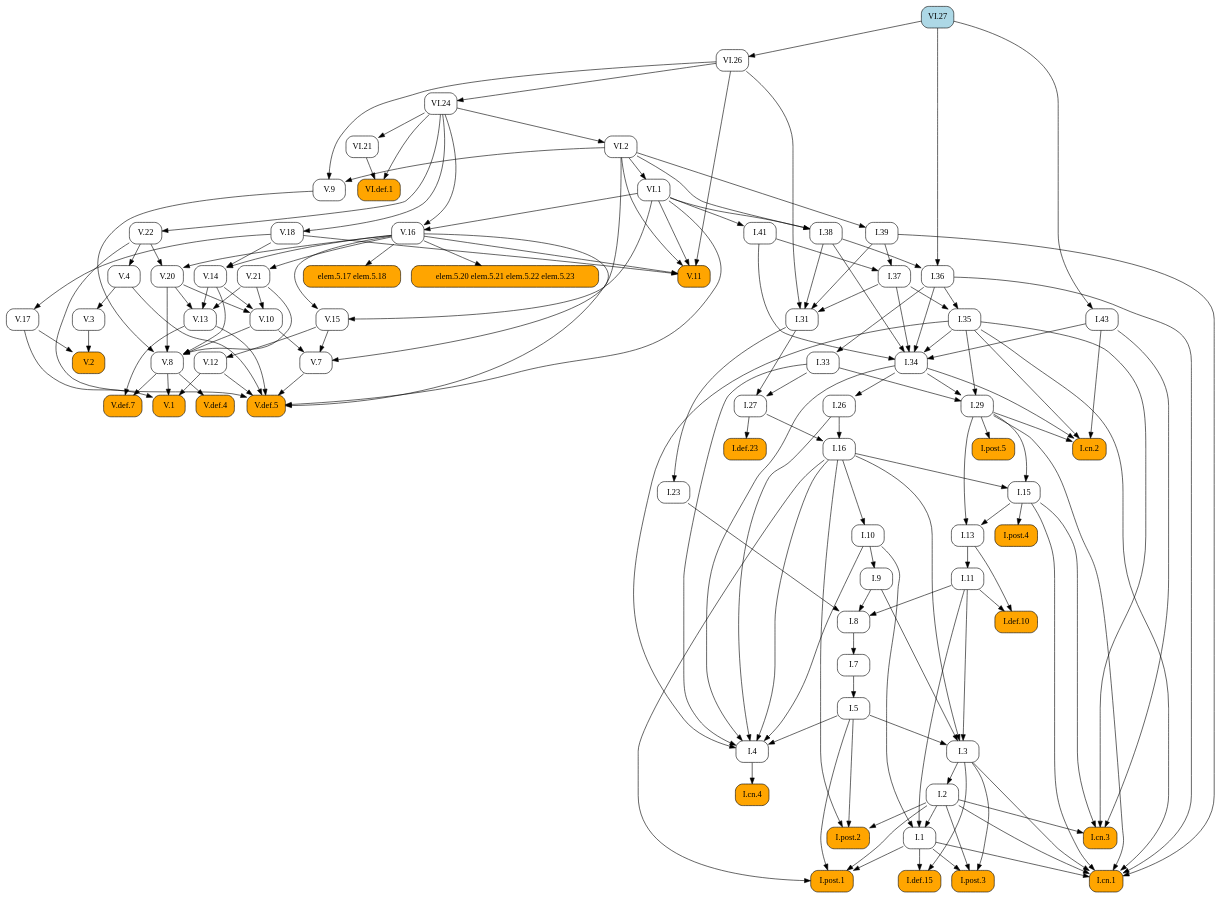
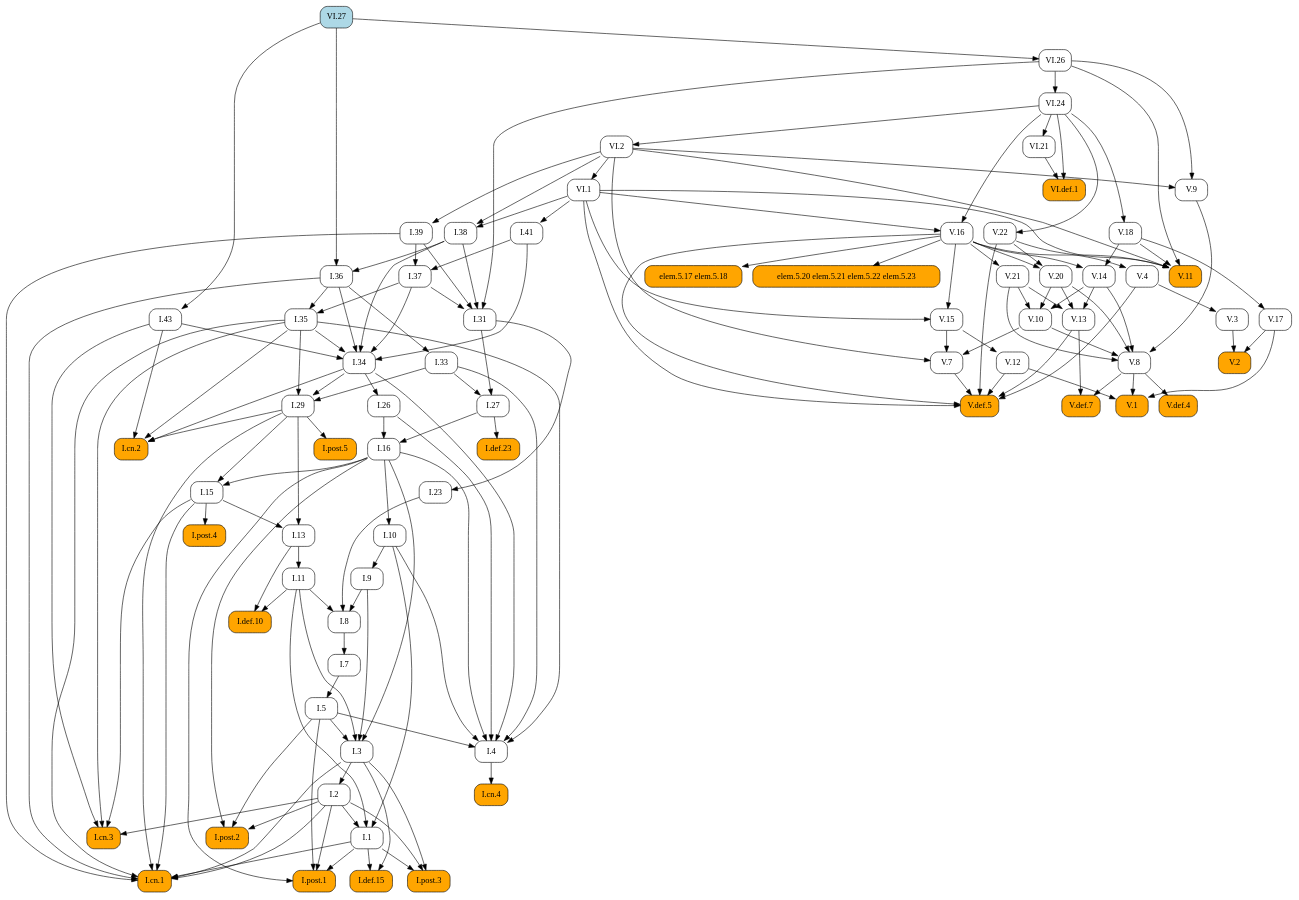
Before and after one commit to geometor/elements: the diagram in docsrc/elements2/VI/27/index.rst, drawn with Graphviz. The commit also changed other lines of this file and 171 other files, not shown here.

```diff
--- a/docsrc/elements2/VI/27/index.rst
+++ b/docsrc/elements2/VI/27/index.rst
@@ -63,152 +63,83 @@
    digraph {
      rankdir="TB";
      node [shape=box, style=rounded];
-     "elem.5.17 elem.5.18" [style="rounded,filled", fillcolor=orange];
-     "V.7" [URL="/elements2/V/7/", target="_top"];
-     "I.cn.4" [style="rounded,filled", fillcolor=orange, URL="/elements2/I/cn.4/", target="_top"];
-     "I.post.3" [style="rounded,filled", fillcolor=orange, URL="/elements2/I/post.3/", target="_top"];
-     "VI.26" [URL="/elements2/VI/26/", target="_top"];
+     "I.8" [URL="/elements2/I/8/", target="_top"];
+     "V.20" [URL="/elements2/V/20/", target="_top"];
+     "I.36" [URL="/elements2/I/36/", target="_top"];
+     "V.def.5" [style="rounded,filled", fillcolor=orange, URL="/elements2/V/def.5/", target="_top"];
+     "I.38" [URL="/elements2/I/38/", target="_top"];
+     "I.post.5" [style="rounded,filled", fillcolor=orange, URL="/elements2/I/post.5/", target="_top"];
+     "I.def.10" [style="rounded,filled", fillcolor=orange, URL="/elements2/I/def.10/", target="_top"];
+     "I.cn.2" [style="rounded,filled", fillcolor=orange, URL="/elements2/I/cn.2/", target="_top"];
+     "I.31" [URL="/elements2/I/31/", target="_top"];
+     "I.43" [URL="/elements2/I/43/", target="_top"];
+     "I.post.2" [style="rounded,filled", fillcolor=orange, URL="/elements2/I/post.2/", target="_top"];
+     "I.def.23" [style="rounded,filled", fillcolor=orange, URL="/elements2/I/def.23/", target="_top"];
+     "I.26" [URL="/elements2/I/26/", target="_top"];
+     "VI.21" [URL="/elements2/VI/21/", target="_top"];
+     "V.17" [URL="/elements2/V/17/", target="_top"];
+     "V.3" [URL="/elements2/V/3/", target="_top"];
+     "I.cn.3" [style="rounded,filled", fillcolor=orange, URL="/elements2/I/cn.3/", target="_top"];
+     "V.2" [style="rounded,filled", fillcolor=orange, URL="/elements2/V/2/", target="_top"];
+     "V.12" [URL="/elements2/V/12/", target="_top"];
      "V.22" [URL="/elements2/V/22/", target="_top"];
-     "V.def.7" [style="rounded,filled", fillcolor=orange, URL="/elements2/V/def.7/", target="_top"];
+     "VI.27" [style="rounded,filled", fillcolor=lightblue, URL="/elements2/VI/27/", target="_top"];
+     "I.35" [URL="/elements2/I/35/", target="_top"];
      "I.41" [URL="/elements2/I/41/", target="_top"];
      "I.27" [URL="/elements2/I/27/", target="_top"];
-     "I.post.2" [style="rounded,filled", fillcolor=orange, URL="/elements2/I/post.2/", target="_top"];
-     "I.13" [URL="/elements2/I/13/", target="_top"];
-     "I.10" [URL="/elements2/I/10/", target="_top"];
+     "I.4" [URL="/elements2/I/4/", target="_top"];
+     "V.8" [URL="/elements2/V/8/", target="_top"];
+     "VI.2" [URL="/elements2/VI/2/", target="_top"];
+     "I.39" [URL="/elements2/I/39/", target="_top"];
+     "I.15" [URL="/elements2/I/15/", target="_top"];
+     "I.34" [URL="/elements2/I/34/", target="_top"];
+     "VI.24" [URL="/elements2/VI/24/", target="_top"];
+     "I.post.3" [style="rounded,filled", fillcolor=orange, URL="/elements2/I/post.3/", target="_top"];
+     "V.18" [URL="/elements2/V/18/", target="_top"];
+     "V.def.4" [style="rounded,filled", fillcolor=orange, URL="/elements2/V/def.4/", target="_top"];
      "I.post.1" [style="rounded,filled", fillcolor=orange, URL="/elements2/I/post.1/", target="_top"];
-     "I.7" [URL="/elements2/I/7/", target="_top"];
-     "VI.def.1" [style="rounded,filled", fillcolor=orange, URL="/elements2/VI/def.1/", target="_top"];
+     "I.33" [URL="/elements2/I/33/", target="_top"];
+     "I.5" [URL="/elements2/I/5/", target="_top"];
+     "elem.5.17 elem.5.18" [style="rounded,filled", fillcolor=orange];
+     "VI.1" [URL="/elements2/VI/1/", target="_top"];
+     "V.11" [style="rounded,filled", fillcolor=orange, URL="/elements2/V/11/", target="_top"];
      "V.13" [URL="/elements2/V/13/", target="_top"];
+     "V.9" [URL="/elements2/V/9/", target="_top"];
      "V.16" [URL="/elements2/V/16/", target="_top"];
-     "V.1" [style="rounded,filled", fillcolor=orange, URL="/elements2/V/1/", target="_top"];
-     "V.8" [URL="/elements2/V/8/", target="_top"];
-     "elem.5.20 elem.5.21 elem.5.22 elem.5.23" [style="rounded,filled", fillcolor=orange];
-     "I.9" [URL="/elements2/I/9/", target="_top"];
-     "I.8" [URL="/elements2/I/8/", target="_top"];
-     "I.38" [URL="/elements2/I/38/", target="_top"];
-     "I.23" [URL="/elements2/I/23/", target="_top"];
-     "I.26" [URL="/elements2/I/26/", target="_top"];
-     "I.15" [URL="/elements2/I/15/", target="_top"];
-     "V.18" [URL="/elements2/V/18/", target="_top"];
-     "V.4" [URL="/elements2/V/4/", target="_top"];
-     "VI.1" [URL="/elements2/VI/1/", target="_top"];
-     "I.1" [URL="/elements2/I/1/", target="_top"];
-     "I.3" [URL="/elements2/I/3/", target="_top"];
-     "I.cn.3" [style="rounded,filled", fillcolor=orange, URL="/elements2/I/cn.3/", target="_top"];
-     "I.37" [URL="/elements2/I/37/", target="_top"];
-     "I.def.10" [style="rounded,filled", fillcolor=orange, URL="/elements2/I/def.10/", target="_top"];
-     "I.34" [URL="/elements2/I/34/", target="_top"];
-     "V.def.5" [style="rounded,filled", fillcolor=orange, URL="/elements2/V/def.5/", target="_top"];
      "I.def.15" [style="rounded,filled", fillcolor=orange, URL="/elements2/I/def.15/", target="_top"];
-     "I.36" [URL="/elements2/I/36/", target="_top"];
-     "VI.24" [URL="/elements2/VI/24/", target="_top"];
-     "V.10" [URL="/elements2/V/10/", target="_top"];
-     "V.17" [URL="/elements2/V/17/", target="_top"];
-     "V.14" [URL="/elements2/V/14/", target="_top"];
      "V.15" [URL="/elements2/V/15/", target="_top"];
      "I.11" [URL="/elements2/I/11/", target="_top"];
-     "I.4" [URL="/elements2/I/4/", target="_top"];
-     "VI.27" [style="rounded,filled", fillcolor=lightblue, URL="/elements2/VI/27/", target="_top"];
+     "I.3" [URL="/elements2/I/3/", target="_top"];
+     "V.14" [URL="/elements2/V/14/", target="_top"];
+     "V.10" [URL="/elements2/V/10/", target="_top"];
+     "I.1" [URL="/elements2/I/1/", target="_top"];
+     "I.cn.4" [style="rounded,filled", fillcolor=orange, URL="/elements2/I/cn.4/", target="_top"];
+     "I.23" [URL="/elements2/I/23/", target="_top"];
+     "I.7" [URL="/elements2/I/7/", target="_top"];
+     "I.9" [URL="/elements2/I/9/", target="_top"];
+     "V.1" [style="rounded,filled", fillcolor=orange, URL="/elements2/V/1/", target="_top"];
+     "I.cn.1" [style="rounded,filled", fillcolor=orange, URL="/elements2/I/cn.1/", target="_top"];
+     "I.29" [URL="/elements2/I/29/", target="_top"];
      "I.16" [URL="/elements2/I/16/", target="_top"];
-     "I.def.23" [style="rounded,filled", fillcolor=orange, URL="/elements2/I/def.23/", target="_top"];
      "V.21" [URL="/elements2/V/21/", target="_top"];
+     "I.13" [URL="/elements2/I/13/", target="_top"];
+     "elem.5.20 elem.5.21 elem.5.22 elem.5.23" [style="rounded,filled", fillcolor=orange];
+     "V.7" [URL="/elements2/V/7/", target="_top"];
+     "I.post.4" [style="rounded,filled", fillcolor=orange, URL="/elements2/I/post.4/", target="_top"];
+     "VI.def.1" [style="rounded,filled", fillcolor=orange, URL="/elements2/VI/def.1/", target="_top"];
      "I.2" [URL="/elements2/I/2/", target="_top"];
-     "I.cn.2" [style="rounded,filled", fillcolor=orange, URL="/elements2/I/cn.2/", target="_top"];
-     "I.post.5" [style="rounded,filled", fillcolor=orange, URL="/elements2/I/post.5/", target="_top"];
-     "VI.2" [URL="/elements2/VI/2/", target="_top"];
-     "V.3" [URL="/elements2/V/3/", target="_top"];
-     "VI.21" [URL="/elements2/VI/21/", target="_top"];
-     "I.35" [URL="/elements2/I/35/", target="_top"];
-     "V.def.4" [style="rounded,filled", fillcolor=orange, URL="/elements2/V/def.4/", target="_top"];
-     "V.11" [style="rounded,filled", fillcolor=orange, URL="/elements2/V/11/", target="_top"];
-     "I.43" [URL="/elements2/I/43/", target="_top"];
-     "I.33" [URL="/elements2/I/33/", target="_top"];
-     "I.31" [URL="/elements2/I/31/", target="_top"];
-     "V.2" [style="rounded,filled", fillcolor=orange, URL="/elements2/V/2/", target="_top"];
-     "I.post.4" [style="rounded,filled", fillcolor=orange, URL="/elements2/I/post.4/", target="_top"];
-     "I.39" [URL="/elements2/I/39/", target="_top"];
-     "I.cn.1" [style="rounded,filled", fillcolor=orange, URL="/elements2/I/cn.1/", target="_top"];
-     "V.9" [URL="/elements2/V/9/", target="_top"];
-     "I.29" [URL="/elements2/I/29/", target="_top"];
-     "I.5" [URL="/elements2/I/5/", target="_top"];
-     "V.12" [URL="/elements2/V/12/", target="_top"];
-     "V.20" [URL="/elements2/V/20/", target="_top"];
-     "V.16" -> "elem.5.17 elem.5.18";
-     "V.10" -> "V.7";
-     "V.15" -> "V.7";
-     "VI.2" -> "V.7";
-     "I.4" -> "I.cn.4";
-     "I.1" -> "I.post.3";
-     "I.2" -> "I.post.3";
-     "I.3" -> "I.post.3";
-     "VI.27" -> "VI.26";
-     "VI.24" -> "V.22";
-     "V.8" -> "V.def.7";
-     "V.13" -> "V.def.7";
-     "VI.1" -> "I.41";
-     "I.31" -> "I.27";
-     "I.33" -> "I.27";
-     "I.2" -> "I.post.2";
-     "I.5" -> "I.post.2";
-     "I.16" -> "I.post.2";
-     "I.15" -> "I.13";
-     "I.29" -> "I.13";
-     "I.16" -> "I.10";
-     "I.1" -> "I.post.1";
-     "I.2" -> "I.post.1";
-     "I.5" -> "I.post.1";
-     "I.16" -> "I.post.1";
-     "I.8" -> "I.7";
-     "VI.21" -> "VI.def.1";
-     "VI.24" -> "VI.def.1";
-     "V.14" -> "V.13";
-     "V.20" -> "V.13";
-     "V.21" -> "V.13";
-     "VI.1" -> "V.16";
-     "VI.24" -> "V.16";
-     "V.8" -> "V.1";
-     "V.12" -> "V.1";
-     "V.17" -> "V.1";
-     "V.9" -> "V.8";
-     "V.10" -> "V.8";
-     "V.14" -> "V.8";
-     "V.20" -> "V.8";
-     "V.21" -> "V.8";
-     "V.16" -> "elem.5.20 elem.5.21 elem.5.22 elem.5.23";
-     "I.10" -> "I.9";
+     "I.37" [URL="/elements2/I/37/", target="_top"];
+     "I.10" [URL="/elements2/I/10/", target="_top"];
+     "V.def.7" [style="rounded,filled", fillcolor=orange, URL="/elements2/V/def.7/", target="_top"];
+     "VI.26" [URL="/elements2/VI/26/", target="_top"];
+     "V.4" [URL="/elements2/V/4/", target="_top"];
      "I.9" -> "I.8";
      "I.11" -> "I.8";
      "I.23" -> "I.8";
-     "VI.1" -> "I.38";
-     "VI.2" -> "I.38";
-     "I.31" -> "I.23";
-     "I.34" -> "I.26";
-     "I.16" -> "I.15";
-     "I.29" -> "I.15";
-     "VI.24" -> "V.18";
-     "V.22" -> "V.4";
-     "VI.2" -> "VI.1";
-     "I.2" -> "I.1";
-     "I.10" -> "I.1";
-     "I.11" -> "I.1";
-     "I.5" -> "I.3";
-     "I.9" -> "I.3";
-     "I.11" -> "I.3";
-     "I.16" -> "I.3";
-     "I.2" -> "I.cn.3";
-     "I.15" -> "I.cn.3";
-     "I.35" -> "I.cn.3";
-     "I.43" -> "I.cn.3";
-     "I.39" -> "I.37";
-     "I.41" -> "I.37";
-     "I.11" -> "I.def.10";
-     "I.13" -> "I.def.10";
-     "I.35" -> "I.34";
-     "I.36" -> "I.34";
-     "I.37" -> "I.34";
-     "I.38" -> "I.34";
-     "I.41" -> "I.34";
-     "I.43" -> "I.34";
+     "V.16" -> "V.20";
+     "V.22" -> "V.20";
+     "I.38" -> "I.36";
+     "VI.27" -> "I.36";
      "V.4" -> "V.def.5";
      "V.7" -> "V.def.5";
      "V.12" -> "V.def.5";
@@ -216,20 +147,41 @@
      "V.16" -> "V.def.5";
      "V.22" -> "V.def.5";
      "VI.1" -> "V.def.5";
-     "I.1" -> "I.def.15";
-     "I.3" -> "I.def.15";
-     "I.38" -> "I.36";
-     "VI.27" -> "I.36";
-     "VI.26" -> "VI.24";
-     "V.14" -> "V.10";
-     "V.20" -> "V.10";
-     "V.21" -> "V.10";
+     "VI.1" -> "I.38";
+     "VI.2" -> "I.38";
+     "I.29" -> "I.post.5";
+     "I.11" -> "I.def.10";
+     "I.13" -> "I.def.10";
+     "I.29" -> "I.cn.2";
+     "I.34" -> "I.cn.2";
+     "I.35" -> "I.cn.2";
+     "I.43" -> "I.cn.2";
+     "I.37" -> "I.31";
+     "I.38" -> "I.31";
+     "I.39" -> "I.31";
+     "VI.26" -> "I.31";
+     "VI.27" -> "I.43";
+     "I.2" -> "I.post.2";
+     "I.5" -> "I.post.2";
+     "I.16" -> "I.post.2";
+     "I.27" -> "I.def.23";
+     "I.34" -> "I.26";
+     "VI.24" -> "VI.21";
      "V.18" -> "V.17";
-     "V.16" -> "V.14";
-     "V.18" -> "V.14";
-     "V.16" -> "V.15";
-     "VI.1" -> "V.15";
-     "I.13" -> "I.11";
+     "V.4" -> "V.3";
+     "I.2" -> "I.cn.3";
+     "I.15" -> "I.cn.3";
+     "I.35" -> "I.cn.3";
+     "I.43" -> "I.cn.3";
+     "V.3" -> "V.2";
+     "V.17" -> "V.2";
+     "V.15" -> "V.12";
+     "VI.24" -> "V.22";
+     "I.36" -> "I.35";
+     "I.37" -> "I.35";
+     "VI.1" -> "I.41";
+     "I.31" -> "I.27";
+     "I.33" -> "I.27";
      "I.5" -> "I.4";
      "I.10" -> "I.4";
      "I.16" -> "I.4";
@@ -237,37 +189,71 @@
      "I.33" -> "I.4";
      "I.34" -> "I.4";
      "I.35" -> "I.4";
-     "I.26" -> "I.16";
-     "I.27" -> "I.16";
-     "I.27" -> "I.def.23";
-     "V.16" -> "V.21";
-     "I.3" -> "I.2";
-     "I.29" -> "I.cn.2";
-     "I.34" -> "I.cn.2";
-     "I.35" -> "I.cn.2";
-     "I.43" -> "I.cn.2";
-     "I.29" -> "I.post.5";
+     "V.9" -> "V.8";
+     "V.10" -> "V.8";
+     "V.14" -> "V.8";
+     "V.20" -> "V.8";
+     "V.21" -> "V.8";
      "VI.24" -> "VI.2";
-     "V.4" -> "V.3";
-     "VI.24" -> "VI.21";
-     "I.36" -> "I.35";
-     "I.37" -> "I.35";
+     "VI.2" -> "I.39";
+     "I.16" -> "I.15";
+     "I.29" -> "I.15";
+     "I.35" -> "I.34";
+     "I.36" -> "I.34";
+     "I.37" -> "I.34";
+     "I.38" -> "I.34";
+     "I.41" -> "I.34";
+     "I.43" -> "I.34";
+     "VI.26" -> "VI.24";
+     "I.1" -> "I.post.3";
+     "I.2" -> "I.post.3";
+     "I.3" -> "I.post.3";
+     "VI.24" -> "V.18";
      "V.8" -> "V.def.4";
+     "I.1" -> "I.post.1";
+     "I.2" -> "I.post.1";
+     "I.5" -> "I.post.1";
+     "I.16" -> "I.post.1";
+     "I.36" -> "I.33";
+     "I.7" -> "I.5";
+     "V.16" -> "elem.5.17 elem.5.18";
+     "VI.2" -> "VI.1";
      "V.16" -> "V.11";
      "V.18" -> "V.11";
      "VI.1" -> "V.11";
      "VI.2" -> "V.11";
      "VI.26" -> "V.11";
-     "VI.27" -> "I.43";
-     "I.36" -> "I.33";
-     "I.37" -> "I.31";
-     "I.38" -> "I.31";
-     "I.39" -> "I.31";
-     "VI.26" -> "I.31";
-     "V.3" -> "V.2";
-     "V.17" -> "V.2";
-     "I.15" -> "I.post.4";
-     "VI.2" -> "I.39";
+     "V.14" -> "V.13";
+     "V.20" -> "V.13";
+     "V.21" -> "V.13";
+     "VI.2" -> "V.9";
+     "VI.26" -> "V.9";
+     "VI.1" -> "V.16";
+     "VI.24" -> "V.16";
+     "I.1" -> "I.def.15";
+     "I.3" -> "I.def.15";
+     "V.16" -> "V.15";
+     "VI.1" -> "V.15";
+     "I.13" -> "I.11";
+     "I.5" -> "I.3";
+     "I.9" -> "I.3";
+     "I.11" -> "I.3";
+     "I.16" -> "I.3";
+     "V.16" -> "V.14";
+     "V.18" -> "V.14";
+     "V.14" -> "V.10";
+     "V.20" -> "V.10";
+     "V.21" -> "V.10";
+     "I.2" -> "I.1";
+     "I.10" -> "I.1";
+     "I.11" -> "I.1";
+     "I.4" -> "I.cn.4";
+     "I.31" -> "I.23";
+     "I.8" -> "I.7";
+     "I.10" -> "I.9";
+     "V.8" -> "V.1";
+     "V.12" -> "V.1";
+     "V.17" -> "V.1";
      "I.1" -> "I.cn.1";
      "I.2" -> "I.cn.1";
      "I.3" -> "I.cn.1";
@@ -276,13 +262,27 @@
      "I.35" -> "I.cn.1";
      "I.36" -> "I.cn.1";
      "I.39" -> "I.cn.1";
-     "VI.2" -> "V.9";
-     "VI.26" -> "V.9";
      "I.33" -> "I.29";
      "I.34" -> "I.29";
      "I.35" -> "I.29";
-     "I.7" -> "I.5";
-     "V.15" -> "V.12";
-     "V.16" -> "V.20";
-     "V.22" -> "V.20";
+     "I.26" -> "I.16";
+     "I.27" -> "I.16";
+     "V.16" -> "V.21";
+     "I.15" -> "I.13";
+     "I.29" -> "I.13";
+     "V.16" -> "elem.5.20 elem.5.21 elem.5.22 elem.5.23";
+     "V.10" -> "V.7";
+     "V.15" -> "V.7";
+     "VI.2" -> "V.7";
+     "I.15" -> "I.post.4";
+     "VI.21" -> "VI.def.1";
+     "VI.24" -> "VI.def.1";
+     "I.3" -> "I.2";
+     "I.39" -> "I.37";
+     "I.41" -> "I.37";
+     "I.16" -> "I.10";
+     "V.8" -> "V.def.7";
+     "V.13" -> "V.def.7";
+     "VI.27" -> "VI.26";
+     "V.22" -> "V.4";
    }
```
